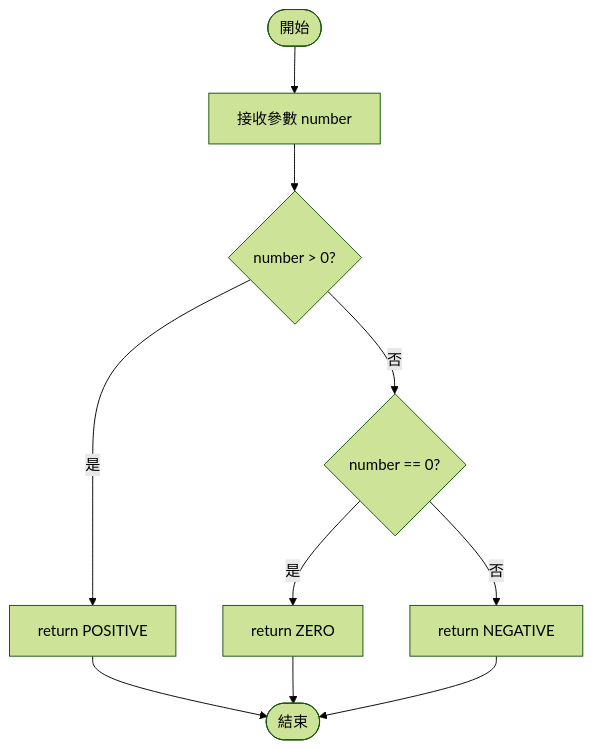
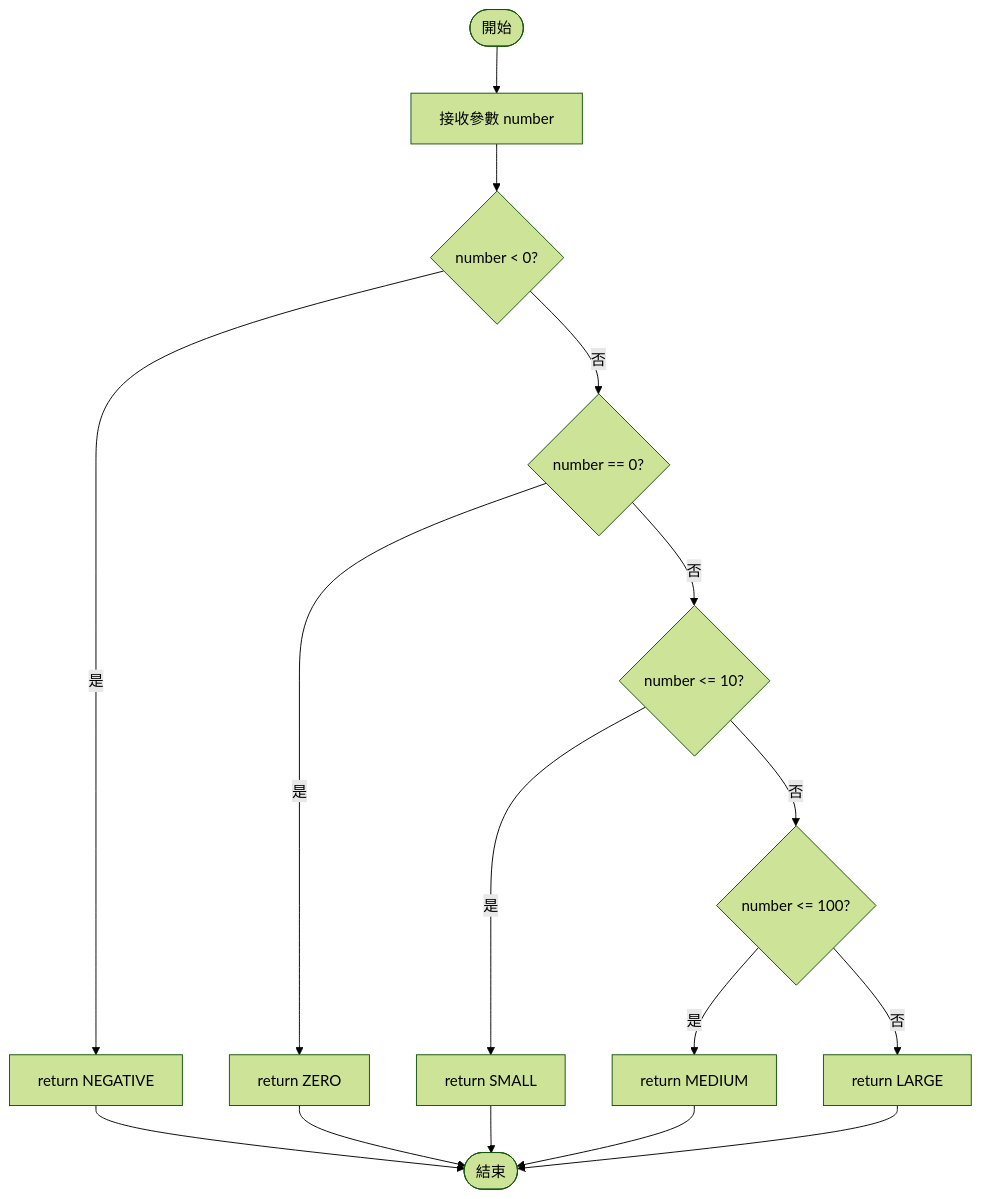
Before and after one commit to leecheenbao/ntou-sfm-homework: the first of 7 diagrams in test_report_flow.md, drawn with Mermaid (forest theme).

Commit message:
update: test flow

````diff
--- a/test_report_flow.md
+++ b/test_report_flow.md
@@ -5,12 +5,18 @@
 ```mermaid
 flowchart TD
     Start([開始]) --> Input["接收參數 number"]
-    Input --> Check1{"number > 0?"}
-    Check1 -->|是| Return1["return POSITIVE"]
+    Input --> Check1{"number < 0?"}
+    Check1 -->|是| Return1["return NEGATIVE"]
     Check1 -->|否| Check2{"number == 0?"}
     Check2 -->|是| Return2["return ZERO"]
-    Check2 -->|否| Return3["return NEGATIVE"]
+    Check2 -->|否| Check3{"number <= 10?"}
+    Check3 -->|是| Return3["return SMALL"]
+    Check3 -->|否| Check4{"number <= 100?"}
+    Check4 -->|是| Return4["return MEDIUM"]
+    Check4 -->|否| Return5["return LARGE"]
     Return1 --> End([結束])
     Return2 --> End
     Return3 --> End
+    Return4 --> End
+    Return5 --> End
 ```
````
